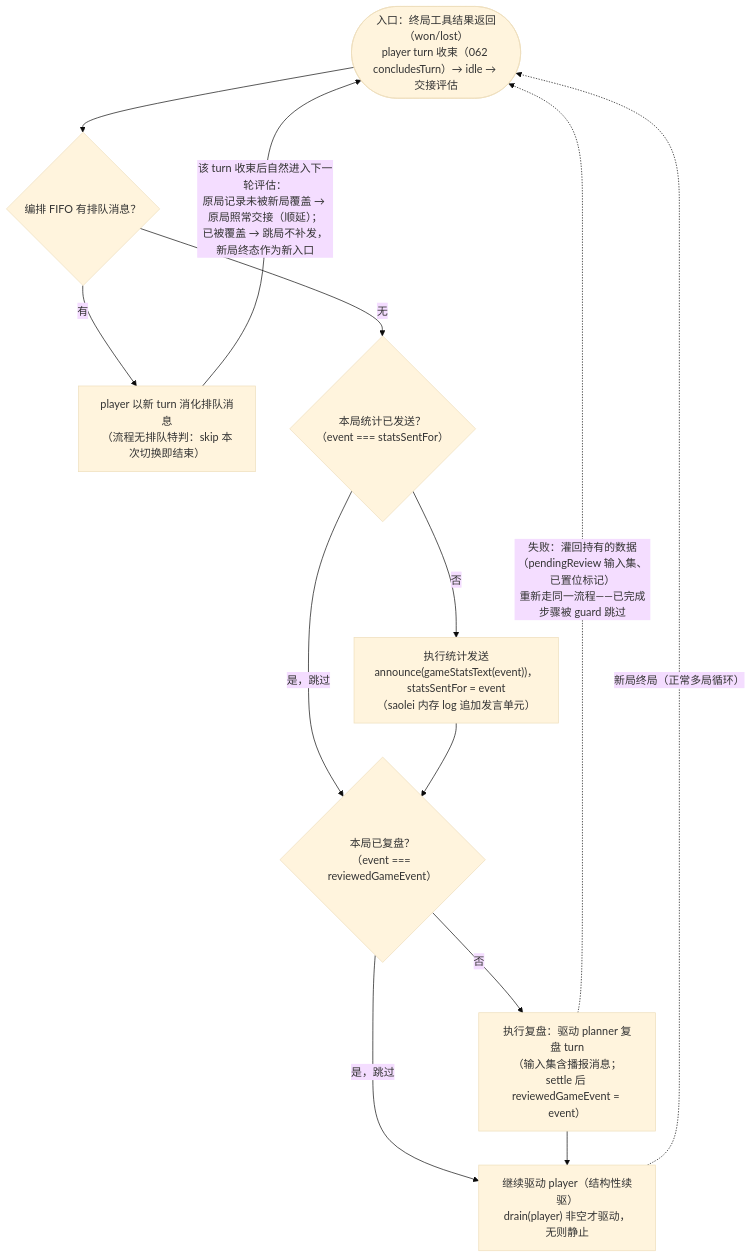
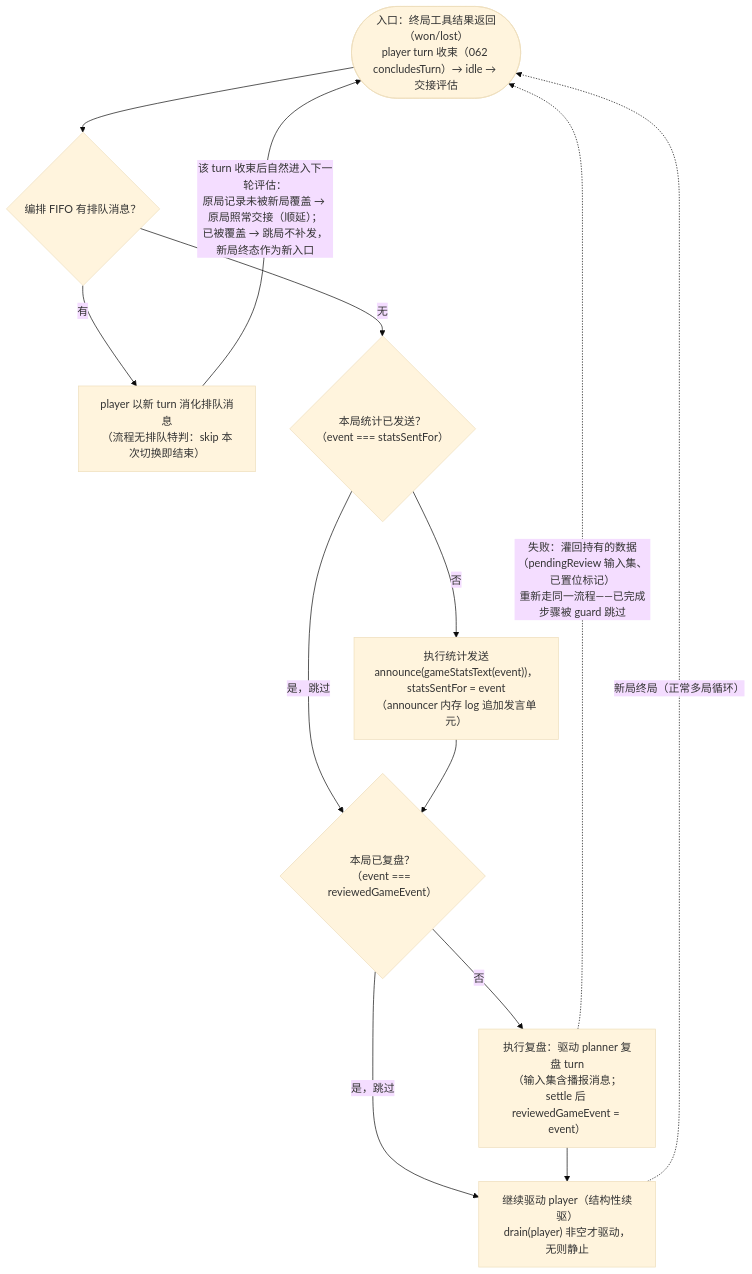
Before and after one commit to LiuKexin255/dominion: the diagram in specs/065-agent-v2-team-refine/contracts/game-stats-broadcast.md, drawn with Mermaid (base theme). The commit also changed other lines of this file and 531 other files, not shown here.

````diff
--- a/specs/065-agent-v2-team-refine/contracts/game-stats-broadcast.md
+++ b/specs/065-agent-v2-team-refine/contracts/game-stats-broadcast.md
@@ -65,17 +66,17 @@
 ```mermaid
 flowchart TD
     START(["入口：终局工具结果返回（won/lost）<br/>player turn 收束（062 concludesTurn）→ idle → 交接评估"])
     Q{"编排 FIFO 有排队消息？"}
     START --> Q
     Q -->|"有"| SKIP["player 以新 turn 消化排队消息<br/>（流程无排队特判：skip 本次切换即结束）"]
     SKIP -->|"该 turn 收束后自然进入下一轮评估：<br/>原局记录未被新局覆盖 → 原局照常交接（顺延）；<br/>已被覆盖 → 跳局不补发，新局终态作为新入口"| START
     Q -->|"无"| G1{"本局统计已发送？<br/>（event === statsSentFor）"}
-    G1 -->|"否"| ANN["执行统计发送<br/>announce(gameStatsText(event))，statsSentFor = event<br/>（saolei 内存 log 追加发言单元）"]
+    G1 -->|"否"| ANN["执行统计发送<br/>announce(gameStatsText(event))，statsSentFor = event<br/>（announcer 内存 log 追加发言单元）"]
     G1 -->|"是，跳过"| G2{"本局已复盘？<br/>（event === reviewedGameEvent）"}
     ANN --> G2
     G2 -->|"否"| REVIEW["执行复盘：驱动 planner 复盘 turn<br/>（输入集含播报消息；settle 后 reviewedGameEvent = event）"]
     G2 -->|"是，跳过"| NEXT["继续驱动 player（结构性续驱）<br/>drain(player) 非空才驱动，无则静止"]
     REVIEW --> NEXT
     NEXT -.->|"新局终局（正常多局循环）"| START
     REVIEW -.->|"失败：灌回持有的数据（pendingReview 输入集、已置位标记）<br/>重新走同一流程——已完成步骤被 guard 跳过"| START
 ```
````
